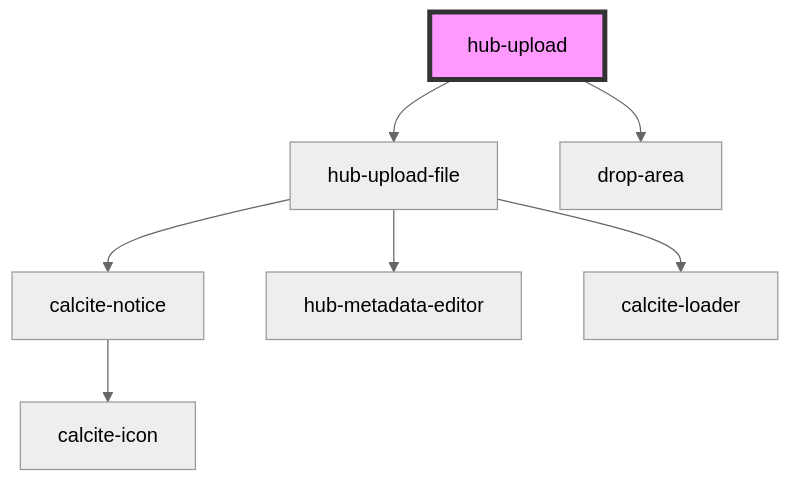
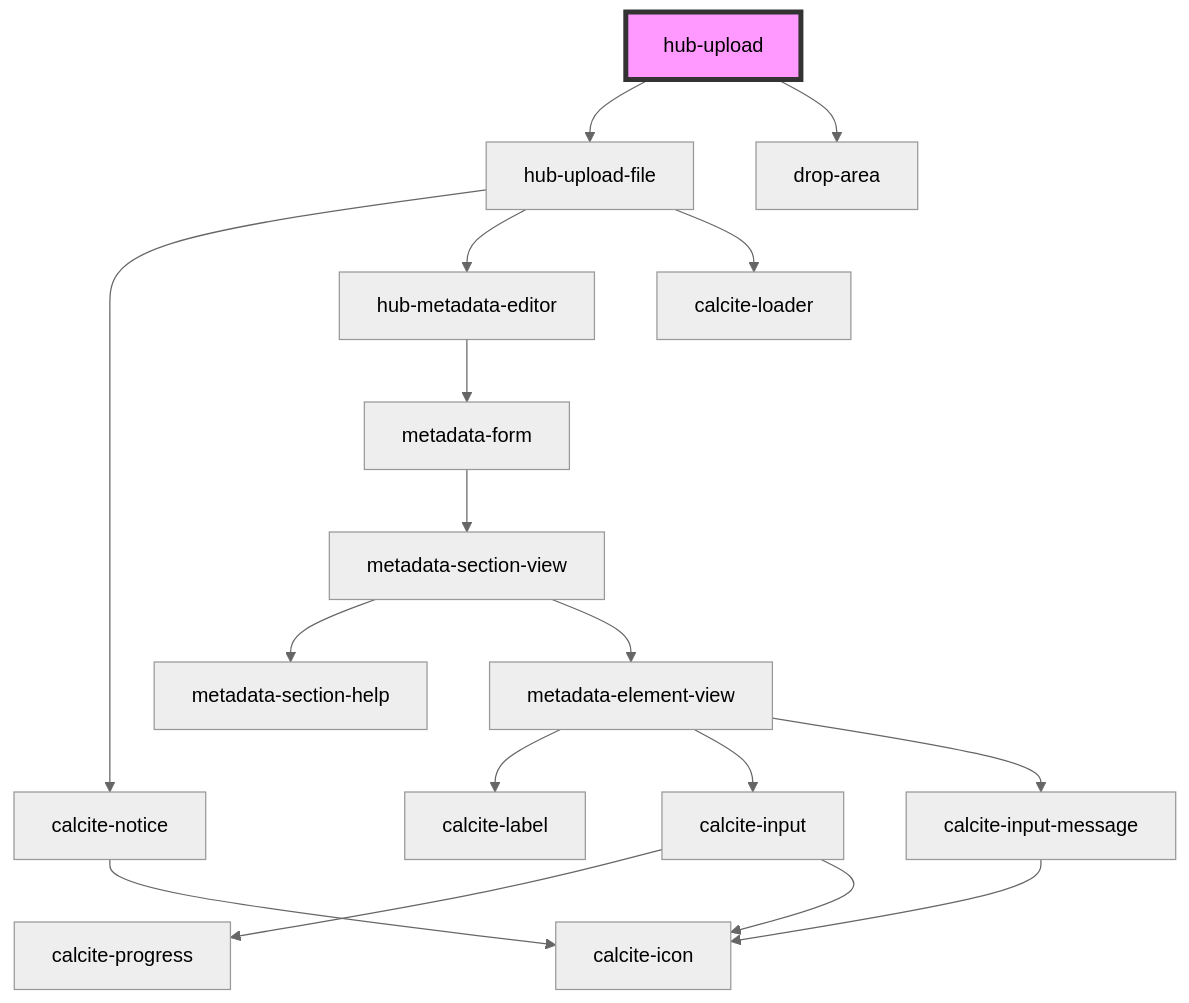
One commit to esridc/hub-components-experiments changed the diagram in src/components/hub-upload/readme.md. Above: the diagram before and after it, drawn with Mermaid (neutral theme). The commit also changed 10 other files, not shown here.

````diff
--- a/src/components/hub-upload/readme.md
+++ b/src/components/hub-upload/readme.md
@@ -54,10 +54,20 @@
 ```mermaid
 graph TD;
   hub-upload --> hub-upload-file
   hub-upload --> drop-area
   hub-upload-file --> calcite-notice
   hub-upload-file --> hub-metadata-editor
   hub-upload-file --> calcite-loader
   calcite-notice --> calcite-icon
+  hub-metadata-editor --> metadata-form
+  metadata-form --> metadata-section-view
+  metadata-section-view --> metadata-section-help
+  metadata-section-view --> metadata-element-view
+  metadata-element-view --> calcite-label
+  metadata-element-view --> calcite-input
+  metadata-element-view --> calcite-input-message
+  calcite-input --> calcite-progress
+  calcite-input --> calcite-icon
+  calcite-input-message --> calcite-icon
   style hub-upload fill:#f9f,stroke:#333,stroke-width:4px
 ```
````
